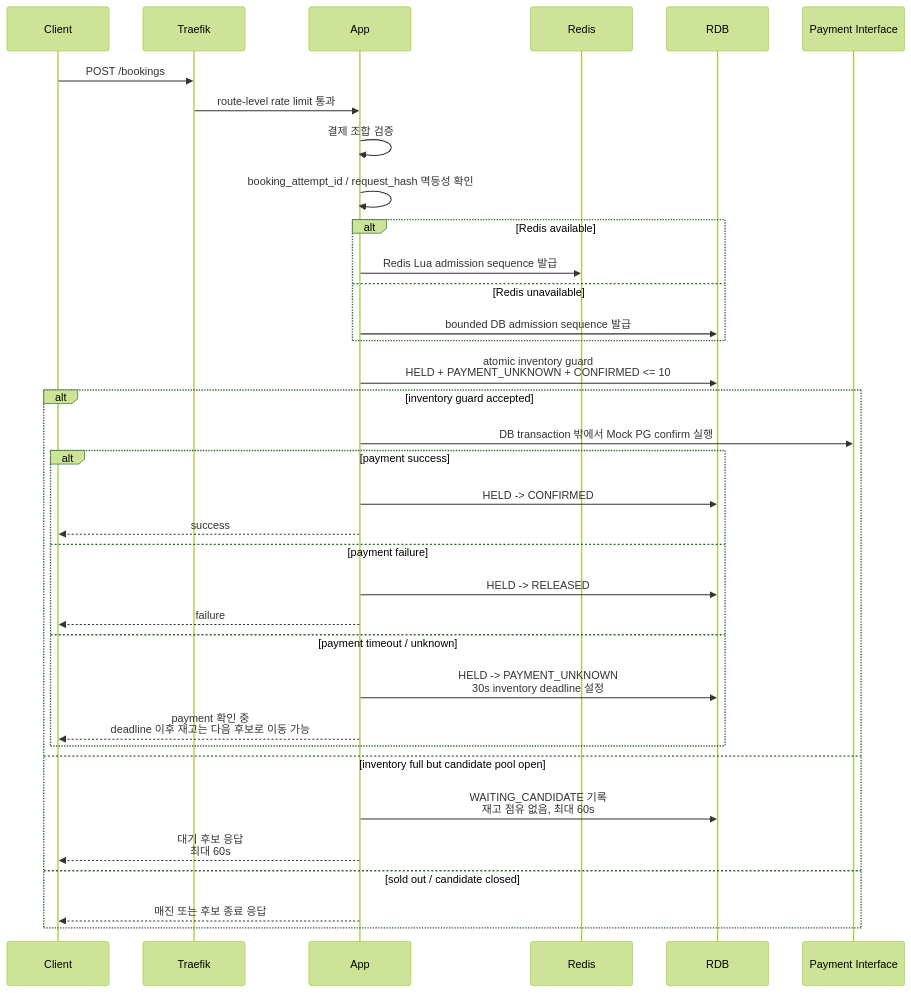
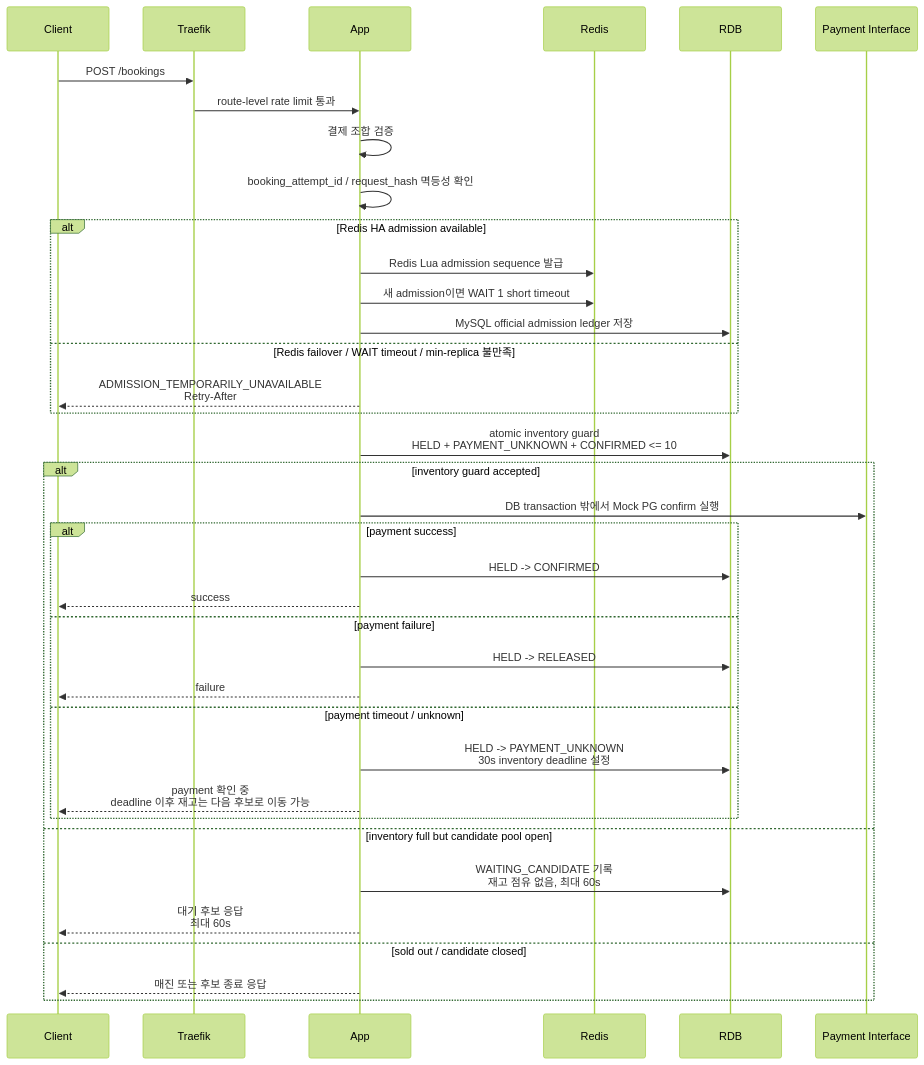
Before and after one commit to lsh1215/peak-booking-system: the fourth of 5 diagrams in docs/system-design/sdd.md, drawn with Mermaid (forest theme). The commit also changed other lines of this file and 9 other files, not shown here.

First line of the commit message:
docs: record Redis HA failover decisions

````diff
--- a/docs/system-design/sdd.md
+++ b/docs/system-design/sdd.md
@@ -310,38 +312,40 @@
 ```mermaid
 sequenceDiagram
     participant C as Client
     participant T as Traefik
     participant A as App
     participant R as Redis
     participant D as RDB
     participant P as Payment Interface
 
     C->>T: POST /bookings
     T->>A: route-level rate limit 통과
     A->>A: 결제 조합 검증
     A->>A: booking_attempt_id / request_hash 멱등성 확인
-    alt Redis available
+    alt Redis HA admission available
         A->>R: Redis Lua admission sequence 발급
-    else Redis unavailable
-        A->>D: bounded DB admission sequence 발급
+        A->>R: 새 admission이면 WAIT 1 short timeout
+        A->>D: MySQL official admission ledger 저장
+    else Redis failover / WAIT timeout / min-replica 불만족
+        A-->>C: ADMISSION_TEMPORARILY_UNAVAILABLE<br/>Retry-After
     end
     A->>D: atomic inventory guard<br/>HELD + PAYMENT_UNKNOWN + CONFIRMED <= 10
     alt inventory guard accepted
         A->>P: DB transaction 밖에서 Mock PG confirm 실행
         alt payment success
             A->>D: HELD -> CONFIRMED
             A-->>C: success
         else payment failure
             A->>D: HELD -> RELEASED
             A-->>C: failure
         else payment timeout / unknown
             A->>D: HELD -> PAYMENT_UNKNOWN<br/>30s inventory deadline 설정
             A-->>C: payment 확인 중<br/>deadline 이후 재고는 다음 후보로 이동 가능
         end
     else inventory full but candidate pool open
         A->>D: WAITING_CANDIDATE 기록<br/>재고 점유 없음, 최대 60s
         A-->>C: 대기 후보 응답<br/>최대 60s
     else sold out / candidate closed
         A-->>C: 매진 또는 후보 종료 응답
     end
 ```
````
